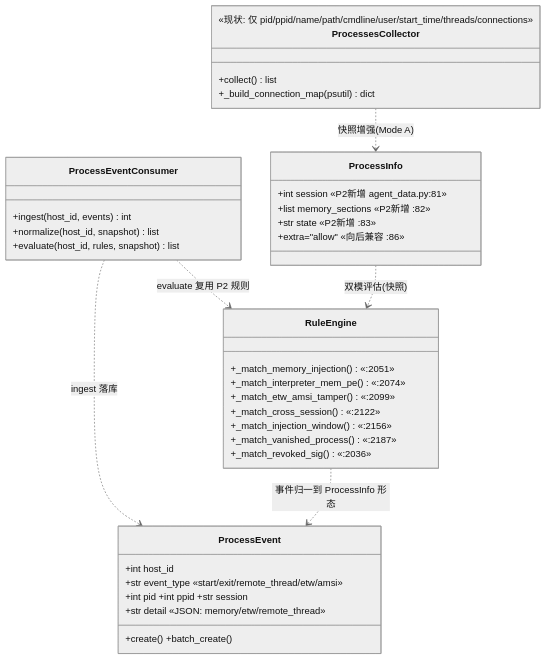
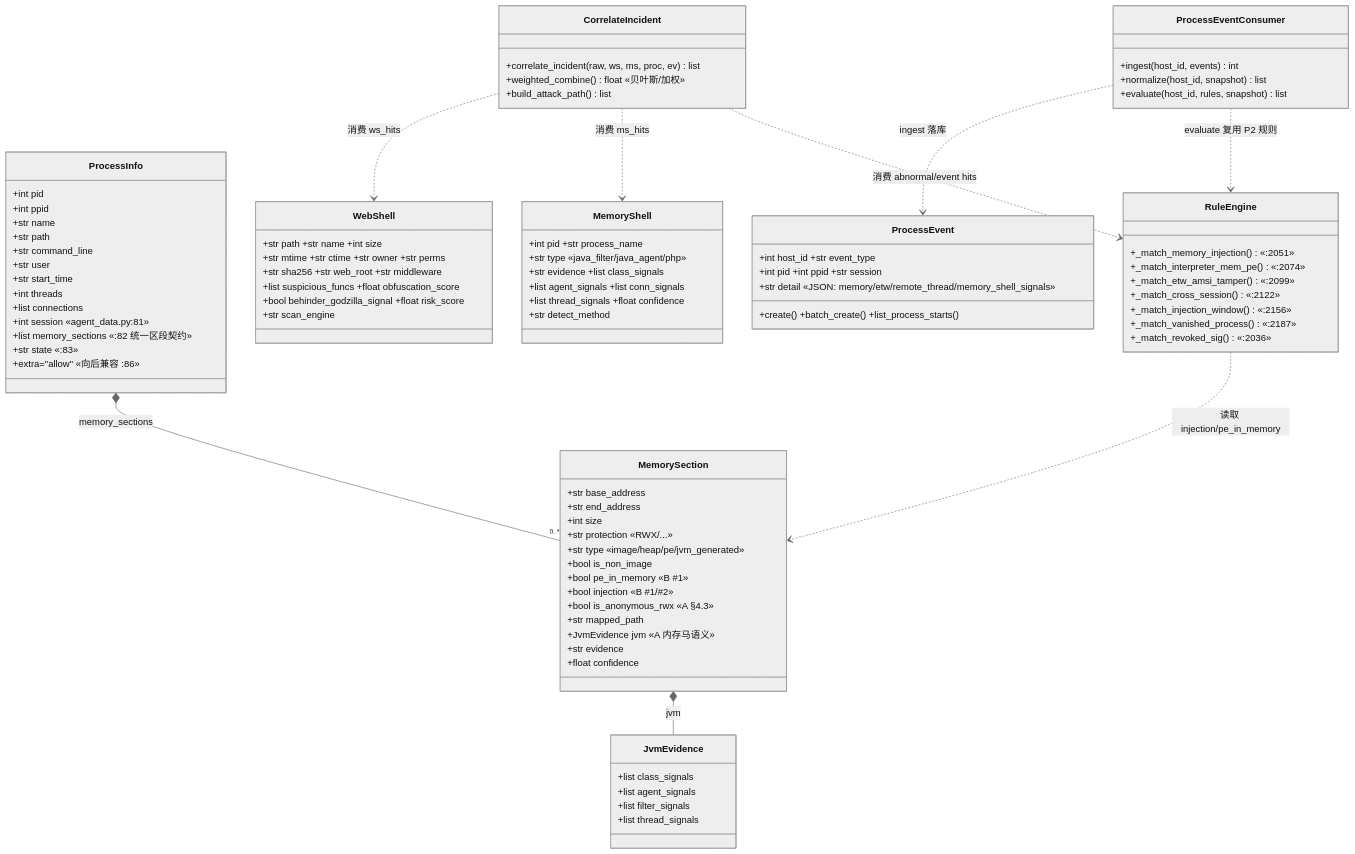
The diagram in docs/class-diagram.mermaid (xyz0915/ir-platform), drawn with Mermaid (neutral theme) before and after one commit. The commit also changed 4 other files, not shown here.

```diff
--- a/docs/class-diagram.mermaid
+++ b/docs/class-diagram.mermaid
@@ -1,39 +1,86 @@
 classDiagram
-    class ProcessesCollector {
-        +collect() list
-        +_build_connection_map(psutil) dict
-        <<现状: 仅 pid/ppid/name/path/cmdline/user/start_time/threads/connections>>
-        <<缺口: 无 session/memory_sections/state, 无事件>>
-    }
     class ProcessInfo {
-        +int session  «P2新增 agent_data.py:81»
-        +list memory_sections  «P2新增 :82»
-        +str state  «P2新增 :83»
+        +int pid
+        +int ppid
+        +str name
+        +str path
+        +str command_line
+        +str user
+        +str start_time
+        +int threads
+        +list connections
+        +int session  «agent_data.py:81»
+        +list memory_sections  «:82 统一区段契约»
+        +str state  «:83»
         +extra="allow"  «向后兼容 :86»
     }
+    class MemorySection {
+        +str base_address
+        +str end_address
+        +int size
+        +str protection  «RWX/...»
+        +str type  «image/heap/pe/jvm_generated»
+        +bool is_non_image
+        +bool pe_in_memory  «B #1»
+        +bool injection  «B #1/#2»
+        +bool is_anonymous_rwx  «A §4.3»
+        +str mapped_path
+        +JvmEvidence jvm  «A 内存马语义»
+        +str evidence
+        +float confidence
+    }
+    class JvmEvidence {
+        +list class_signals
+        +list agent_signals
+        +list filter_signals
+        +list thread_signals
+    }
+    class WebShell {
+        +str path +str name +int size
+        +str mtime +str ctime +str owner +str perms
+        +str sha256 +str web_root +str middleware
+        +list suspicious_funcs +float obfuscation_score
+        +bool behinder_godzilla_signal +float risk_score
+        +str scan_engine
+    }
+    class MemoryShell {
+        +int pid +str process_name
+        +str type  «java_filter/java_agent/php»
+        +str evidence +list class_signals
+        +list agent_signals +list conn_signals
+        +list thread_signals +float confidence
+        +str detect_method
+    }
     class ProcessEvent {
-        +int host_id
-        +str event_type  «start/exit/remote_thread/etw/amsi»
+        +int host_id +str event_type
         +int pid +int ppid +str session
-        +str detail  «JSON: memory/etw/remote_thread»
-        +create() +batch_create()
+        +str detail  «JSON: memory/etw/remote_thread/memory_shell_signals»
+        +create() +batch_create() +list_process_starts()
     }
     class ProcessEventConsumer {
         +ingest(host_id, events) int
         +normalize(host_id, snapshot) list
         +evaluate(host_id, rules, snapshot) list
+    }
+    class CorrelateIncident {
+        +correlate_incident(raw, ws, ms, proc, ev) list
+        +weighted_combine() float  «贝叶斯/加权»
+        +build_attack_path() list
     }
     class RuleEngine {
         +_match_memory_injection()  «:2051»
         +_match_interpreter_mem_pe()  «:2074»
         +_match_etw_amsi_tamper()  «:2099»
         +_match_cross_session()  «:2122»
         +_match_injection_window()  «:2156»
         +_match_vanished_process()  «:2187»
         +_match_revoked_sig()  «:2036»
     }
-    ProcessesCollector ..> ProcessInfo : 快照增强(Mode A)
+    ProcessInfo *-- "0..*" MemorySection : memory_sections
+    MemorySection *-- JvmEvidence : jvm
     ProcessEventConsumer ..> ProcessEvent : ingest 落库
     ProcessEventConsumer ..> RuleEngine : evaluate 复用 P2 规则
-    ProcessInfo ..> RuleEngine : 双模评估(快照)
-    RuleEngine ..> ProcessEvent : 事件归一到 ProcessInfo 形态
+    RuleEngine ..> MemorySection : 读取 injection/pe_in_memory
+    CorrelateIncident ..> WebShell : 消费 ws_hits
+    CorrelateIncident ..> MemoryShell : 消费 ms_hits
+    CorrelateIncident ..> RuleEngine : 消费 abnormal/event hits
```
